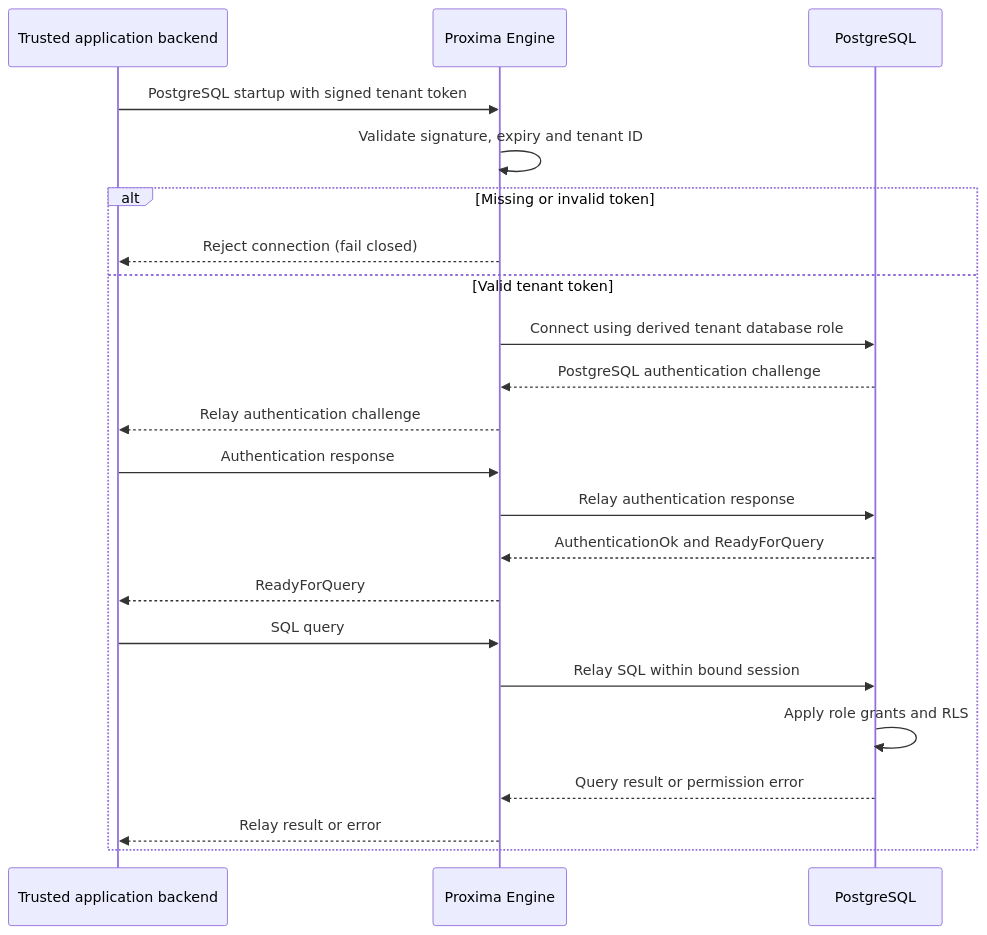
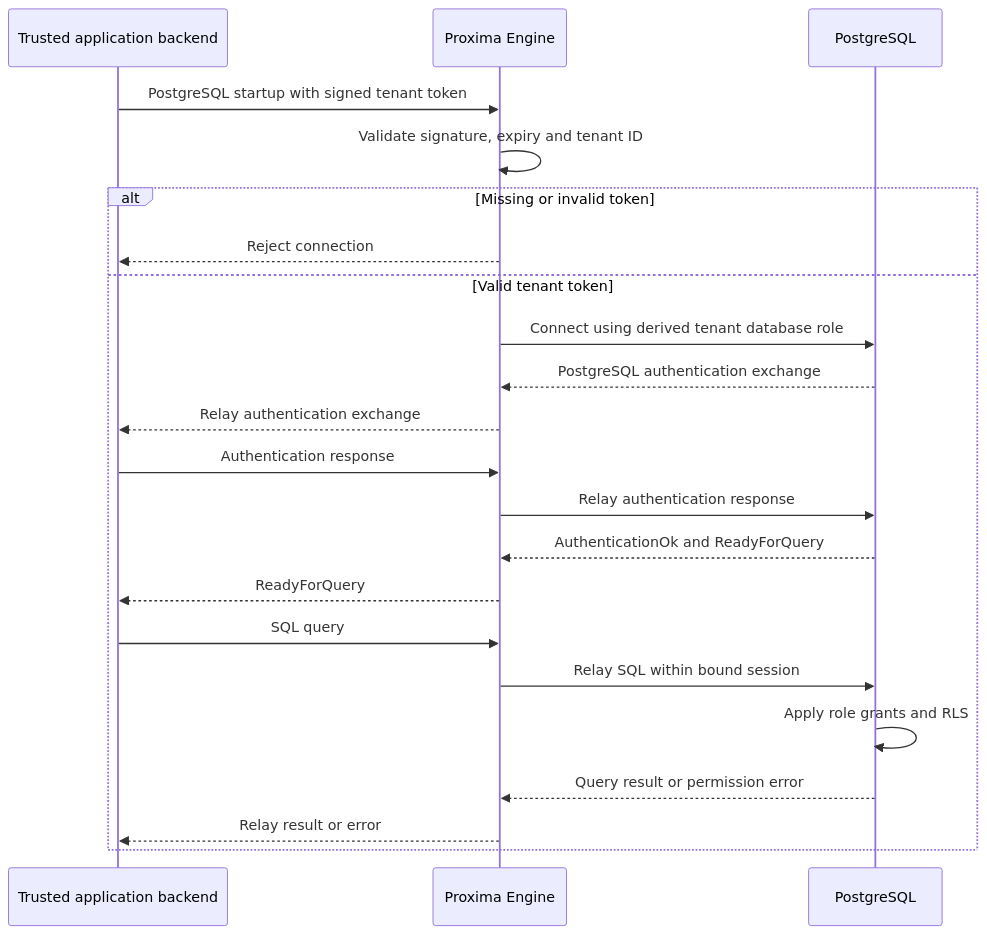
Before and after one commit to Agata-Proxima/proxima-engine: the second of 3 diagrams in docs/ARCHITECTURE.md, drawn with Mermaid. The commit also changed other lines of this file and 23 other files, not shown here.

````diff
--- a/docs/ARCHITECTURE.md
+++ b/docs/ARCHITECTURE.md
@@ -30,24 +33,24 @@
 ```mermaid
 sequenceDiagram
   participant App as Trusted application backend
   participant Engine as Proxima Engine
   participant PG as PostgreSQL
   App->>Engine: PostgreSQL startup with signed tenant token
   Engine->>Engine: Validate signature, expiry and tenant ID
   alt Missing or invalid token
-    Engine-->>App: Reject connection (fail closed)
+    Engine-->>App: Reject connection
   else Valid tenant token
     Engine->>PG: Connect using derived tenant database role
-    PG-->>Engine: PostgreSQL authentication challenge
-    Engine-->>App: Relay authentication challenge
+    PG-->>Engine: PostgreSQL authentication exchange
+    Engine-->>App: Relay authentication exchange
     App->>Engine: Authentication response
     Engine->>PG: Relay authentication response
     PG-->>Engine: AuthenticationOk and ReadyForQuery
     Engine-->>App: ReadyForQuery
     App->>Engine: SQL query
     Engine->>PG: Relay SQL within bound session
     PG->>PG: Apply role grants and RLS
     PG-->>Engine: Query result or permission error
     Engine-->>App: Relay result or error
   end
 ```
````
